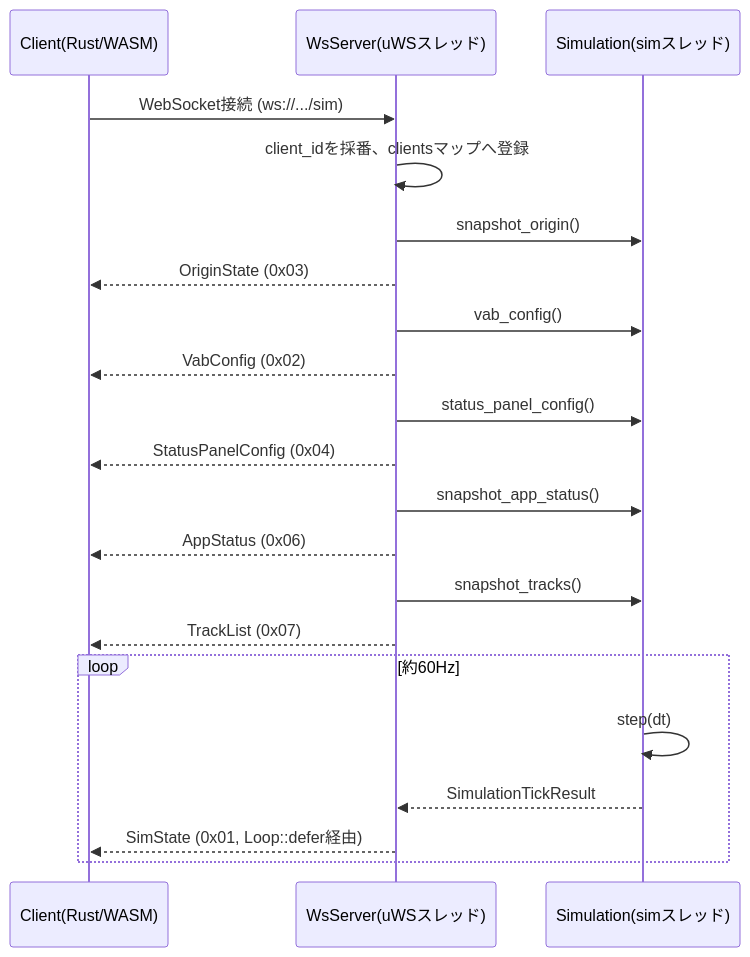
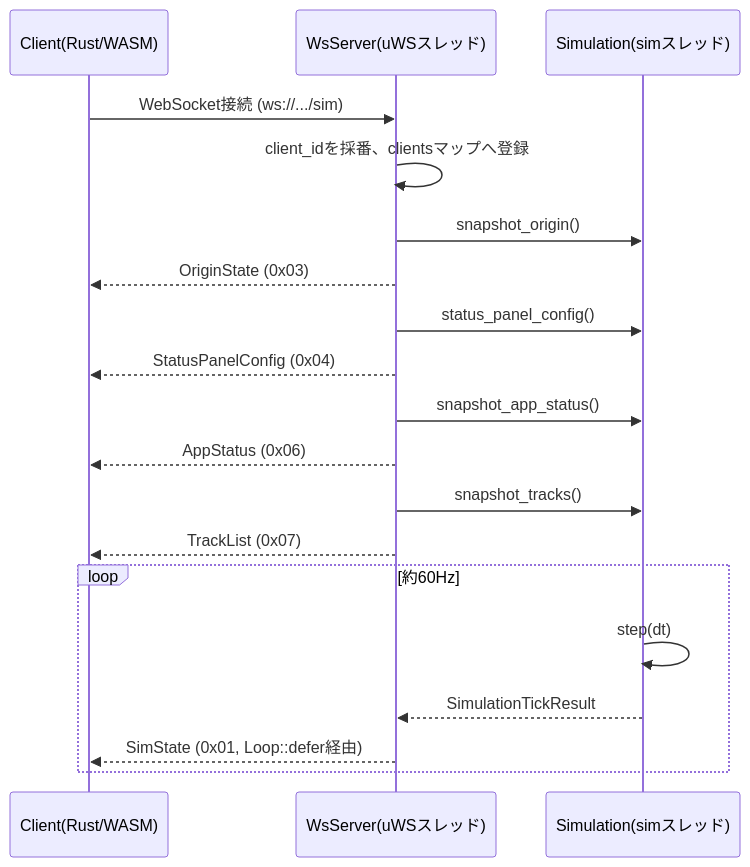
The fifth of 18 diagrams in docs/DETAILED_DESIGN.md (ham1a6/SimulationView), drawn with Mermaid before and after one commit. The commit also changed other lines of this file and 10 other files, not shown here.

````diff
--- a/docs/DETAILED_DESIGN.md
+++ b/docs/DETAILED_DESIGN.md
@@ -514,24 +493,22 @@
 ```mermaid
 sequenceDiagram
     participant C as Client(Rust/WASM)
     participant WS as WsServer(uWSスレッド)
     participant Sim as Simulation(simスレッド)
 
     C->>WS: WebSocket接続 (ws://.../sim)
     WS->>WS: client_idを採番、clientsマップへ登録
     WS->>Sim: snapshot_origin()
     WS-->>C: OriginState (0x03)
-    WS->>Sim: vab_config()
-    WS-->>C: VabConfig (0x02)
     WS->>Sim: status_panel_config()
     WS-->>C: StatusPanelConfig (0x04)
     WS->>Sim: snapshot_app_status()
     WS-->>C: AppStatus (0x06)
     WS->>Sim: snapshot_tracks()
     WS-->>C: TrackList (0x07)
     loop 約60Hz
         Sim->>Sim: step(dt)
         Sim-->>WS: SimulationTickResult
         WS-->>C: SimState (0x01, Loop::defer経由)
     end
 ```
````
